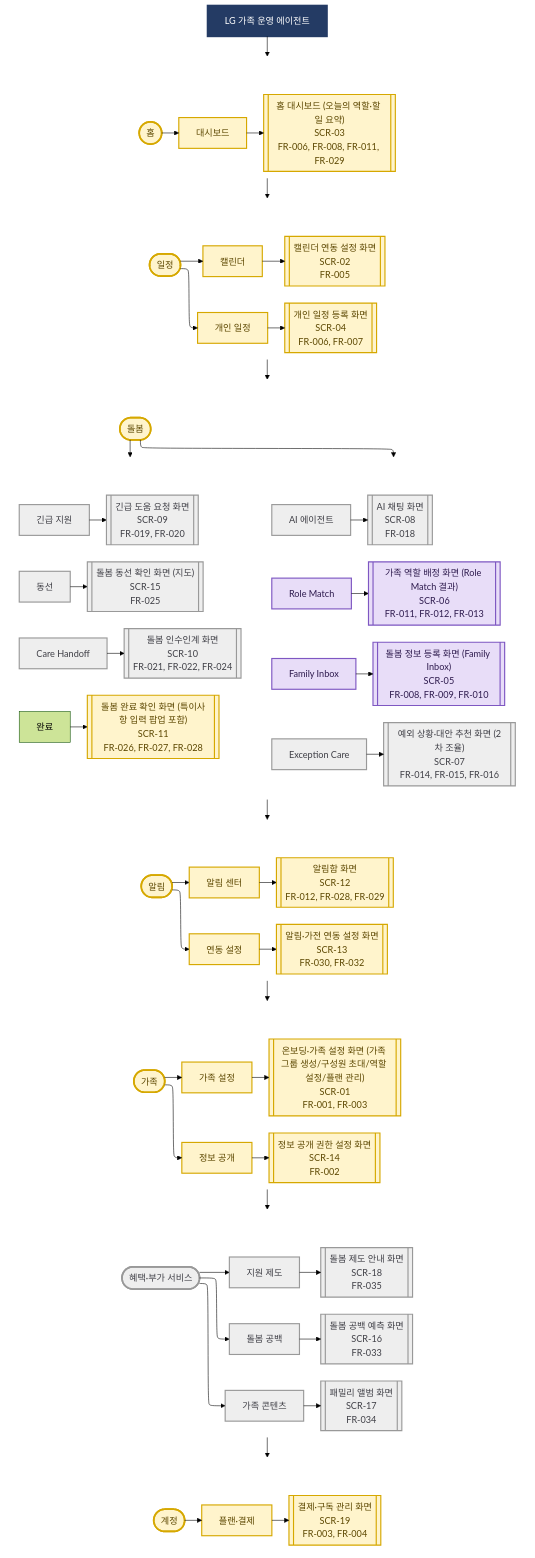
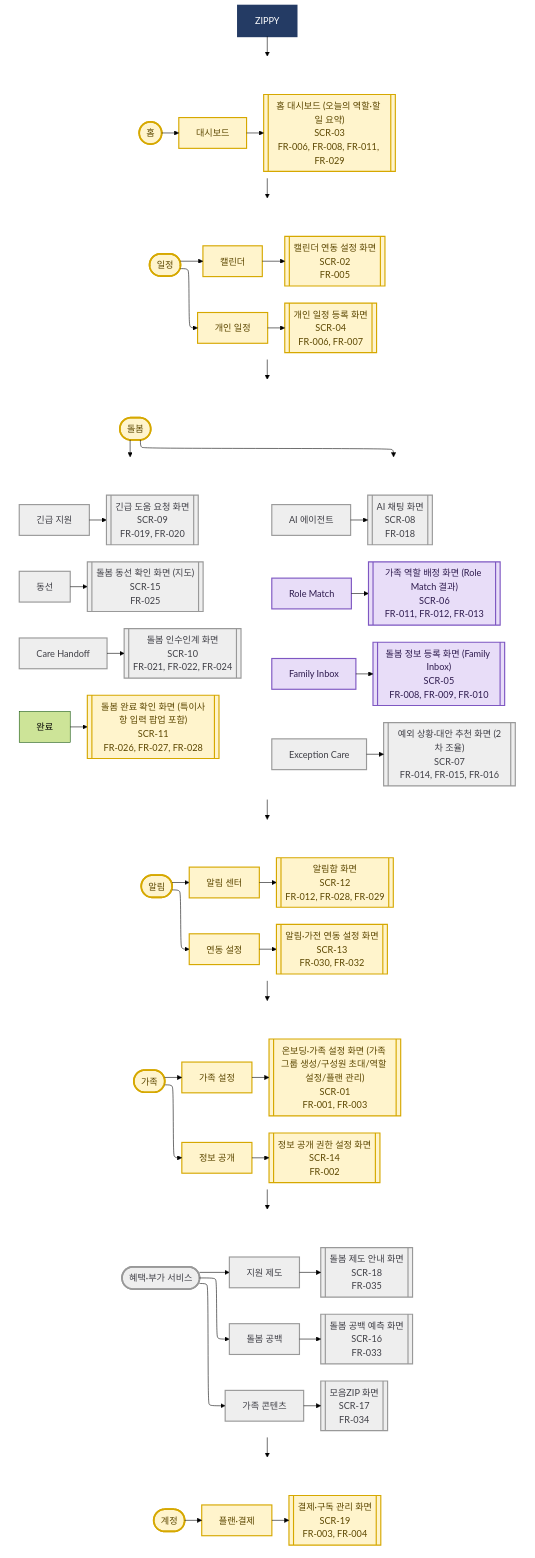
The diagram in docs/메뉴구조도다이어그램/00_전체_메뉴구조도.mmd (tarcein/LGDXPJ), drawn with Mermaid (forest theme) before and after one commit. The commit also changed 40 other files, not shown here.

```diff
--- a/docs/메뉴구조도다이어그램/00_전체_메뉴구조도.mmd
+++ b/docs/메뉴구조도다이어그램/00_전체_메뉴구조도.mmd
@@ -1,111 +1,111 @@
-%% LG 가족 운영 에이전트 전체 메뉴구조도
+%% ZIPPY 전체 메뉴구조도
 %%{init: {"flowchart": {"defaultRenderer": "elk", "nodeSpacing": 18, "rankSpacing": 28, "curve": "basis"}}}%%
 flowchart TB
-  root["LG 가족 운영 에이전트"]
+  root["ZIPPY"]
 
   subgraph homeRow[" "]
     direction LR
     home(["홈"]) --> homeMenu["대시보드"] --> s3[["홈 대시보드 (오늘의 역할·할 일 요약)<br/>SCR-03<br/>FR-006, FR-008, FR-011, FR-029"]]
   end
 
   subgraph scheduleRow[" "]
     direction LR
     schedule(["일정"])
     calendar["캘린더"] --> s2[["캘린더 연동 설정 화면<br/>SCR-02<br/>FR-005"]]
     personalSchedule["개인 일정"] --> s4[["개인 일정 등록 화면<br/>SCR-04<br/>FR-006, FR-007"]]
     schedule --> calendar
     schedule --> personalSchedule
   end
 
   subgraph careRow[" "]
     direction TB
     care(["돌봄"])
     subgraph careTop[" "]
       direction LR
       inbox["Family Inbox"] --> s5[["돌봄 정보 등록 화면 (Family Inbox)<br/>SCR-05<br/>FR-008, FR-009, FR-010"]]
       roleMatch["Role Match"] --> s6[["가족 역할 배정 화면 (Role Match 결과)<br/>SCR-06<br/>FR-011, FR-012, FR-013"]]
       exceptionCare["Exception Care"] --> s7[["예외 상황·대안 추천 화면 (2차 조율)<br/>SCR-07<br/>FR-014, FR-015, FR-016"]]
       aiAgent["AI 에이전트"] --> s8[["AI 채팅 화면<br/>SCR-08<br/>FR-018"]]
     end
     subgraph careBottom[" "]
       direction LR
       urgent["긴급 지원"] --> s9[["긴급 도움 요청 화면<br/>SCR-09<br/>FR-019, FR-020"]]
       handoff["Care Handoff"] --> s10[["돌봄 인수인계 화면<br/>SCR-10<br/>FR-021, FR-022, FR-024"]]
       complete["완료"] --> s11[["돌봄 완료 확인 화면 (특이사항 입력 팝업 포함)<br/>SCR-11<br/>FR-026, FR-027, FR-028"]]
       route["동선"] --> s15[["돌봄 동선 확인 화면 (지도)<br/>SCR-15<br/>FR-025"]]
     end
     care --> careTop
     care --> careBottom
   end
 
   subgraph notifyRow[" "]
     direction LR
     notify(["알림"])
     notificationCenter["알림 센터"] --> s12[["알림함 화면<br/>SCR-12<br/>FR-012, FR-028, FR-029"]]
     integration["연동 설정"] --> s13[["알림·가전 연동 설정 화면<br/>SCR-13<br/>FR-030, FR-032"]]
     notify --> notificationCenter
     notify --> integration
   end
 
   subgraph familyRow[" "]
     direction LR
     family(["가족"])
     familySettings["가족 설정"] --> s1[["온보딩·가족 설정 화면 (가족 그룹 생성/구성원 초대/역할 설정/플랜 관리)<br/>SCR-01<br/>FR-001, FR-003"]]
     privacy["정보 공개"] --> s14[["정보 공개 권한 설정 화면<br/>SCR-14<br/>FR-002"]]
     family --> familySettings
     family --> privacy
   end
 
   subgraph benefitsRow[" "]
     direction LR
     benefits(["혜택·부가 서비스"])
     careGap["돌봄 공백"] --> s16[["돌봄 공백 예측 화면<br/>SCR-16<br/>FR-033"]]
-    familyContent["가족 콘텐츠"] --> s17[["패밀리 앨범 화면<br/>SCR-17<br/>FR-034"]]
+    familyContent["가족 콘텐츠"] --> s17[["모음ZIP 화면<br/>SCR-17<br/>FR-034"]]
     supportPolicy["지원 제도"] --> s18[["돌봄 제도 안내 화면<br/>SCR-18<br/>FR-035"]]
     benefits --> careGap
     benefits --> familyContent
     benefits --> supportPolicy
   end
 
   subgraph accountRow[" "]
     direction LR
     account(["계정"]) --> plan["플랜·결제"] --> s19[["결제·구독 관리 화면<br/>SCR-19<br/>FR-003, FR-004"]]
   end
 
   root --> homeRow
   homeRow --> scheduleRow
   scheduleRow --> careRow
   careRow --> notifyRow
   notifyRow --> familyRow
   familyRow --> benefitsRow
   benefitsRow --> accountRow
 
   classDef rootStyle fill:#243B64,stroke:#243B64,color:#FFFFFF,stroke-width:3px
   classDef depth1Base fill:#FFF4CC,stroke:#D6A800,color:#5C4700,stroke-width:3px
   classDef depth1Post fill:#EEEEEE,stroke:#999999,color:#3F3F46,stroke-width:3px
   classDef depth2Base fill:#FFF4CC,stroke:#D6A800,color:#5C4700,stroke-width:2px
   classDef depth2Core fill:#E8DDF8,stroke:#7E57C2,color:#2E1B4E,stroke-width:2px
   classDef depth2Post fill:#EEEEEE,stroke:#999999,color:#3F3F46,stroke-width:2px
   classDef screenBase fill:#FFF4CC,stroke:#D6A800,color:#5C4700,stroke-width:2px
   classDef screenCore fill:#E8DDF8,stroke:#7E57C2,color:#2E1B4E,stroke-width:2px
   classDef screenPost fill:#EEEEEE,stroke:#999999,color:#3F3F46,stroke-width:2px
 
   class root rootStyle
   class home,schedule,care,notify,family,account depth1Base
   class benefits depth1Post
   class homeMenu,calendar,personalSchedule,notificationCenter,integration,familySettings,privacy,plan depth2Base
   class inbox,roleMatch depth2Core
   class exceptionCare,aiAgent,urgent,handoff,route,careGap,familyContent,supportPolicy depth2Post
   class s1,s2,s3,s4,s11,s12,s13,s14,s19 screenBase
   class s5,s6 screenCore
   class s7,s8,s9,s10,s15,s16,s17,s18 screenPost
 
   style homeRow fill:transparent,stroke:transparent
   style scheduleRow fill:transparent,stroke:transparent
   style careRow fill:transparent,stroke:transparent
   style careTop fill:transparent,stroke:transparent
   style careBottom fill:transparent,stroke:transparent
   style notifyRow fill:transparent,stroke:transparent
   style familyRow fill:transparent,stroke:transparent
   style benefitsRow fill:transparent,stroke:transparent
   style accountRow fill:transparent,stroke:transparent
```
